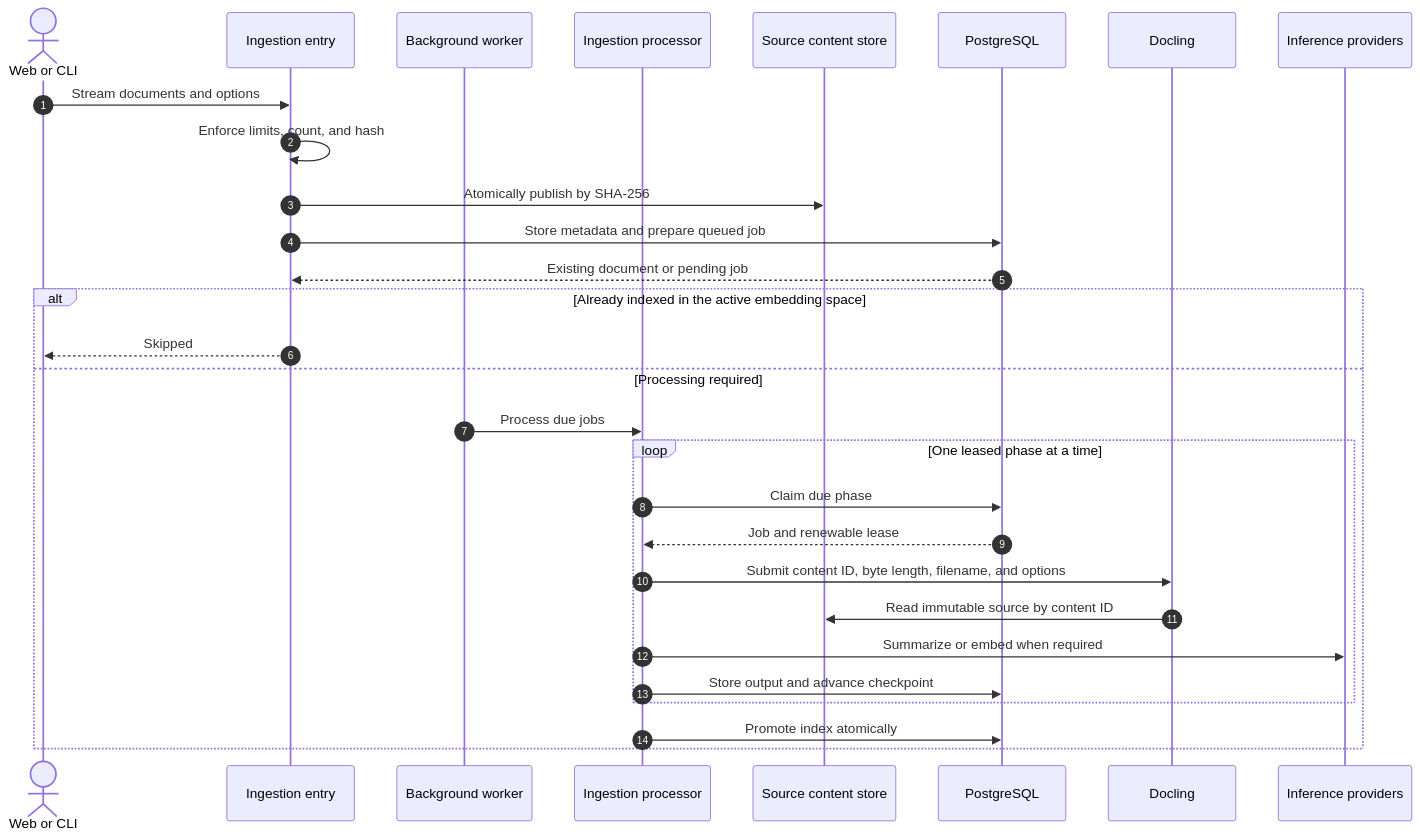
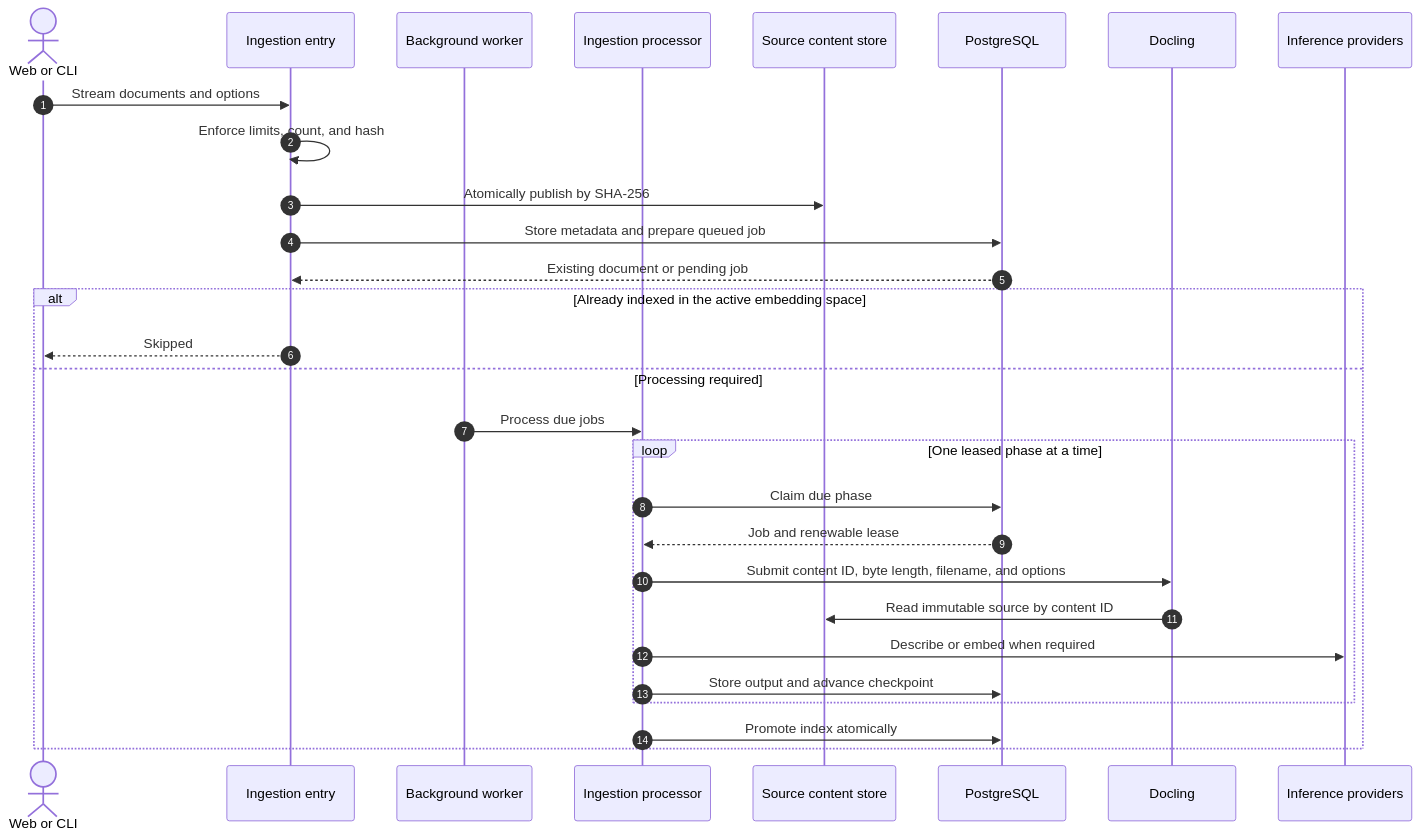
Before and after one commit to sageil/citeloom: the third of 4 diagrams in docs/architecture.md, drawn with Mermaid. The commit also changed other lines of this file and 6 other files, not shown here.

````diff
--- a/docs/architecture.md
+++ b/docs/architecture.md
@@ -131,33 +131,33 @@
 ```mermaid
 sequenceDiagram
     autonumber
     actor Client as Web or CLI
     participant Intake as Ingestion entry
     participant Worker as Background worker
     participant Runner as Ingestion processor
     participant Store as Source content store
     participant DB as PostgreSQL
     participant Parser as Docling
     participant AI as Inference providers
 
     Client->>Intake: Stream documents and options
     Intake->>Intake: Enforce limits, count, and hash
     Intake->>Store: Atomically publish by SHA-256
     Intake->>DB: Store metadata and prepare queued job
     DB-->>Intake: Existing document or pending job
 
     alt Already indexed in the active embedding space
         Intake-->>Client: Skipped
     else Processing required
         Worker->>Runner: Process due jobs
         loop One leased phase at a time
             Runner->>DB: Claim due phase
             DB-->>Runner: Job and renewable lease
             Runner->>Parser: Submit content ID, byte length, filename, and options
             Parser->>Store: Read immutable source by content ID
-            Runner->>AI: Summarize or embed when required
+            Runner->>AI: Describe or embed when required
             Runner->>DB: Store output and advance checkpoint
         end
         Runner->>DB: Promote index atomically
     end
 ```
````
